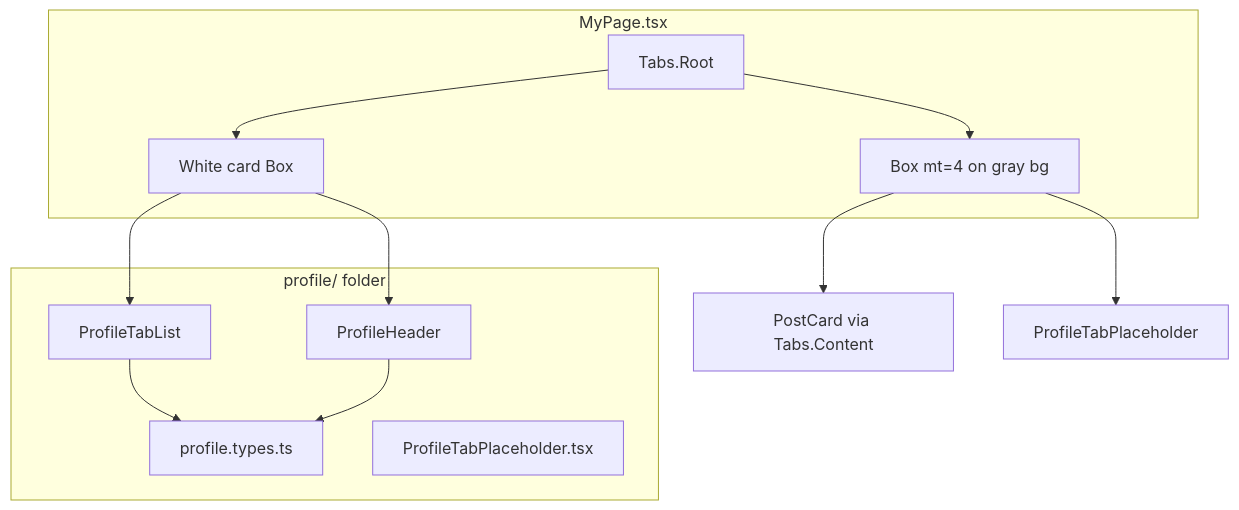
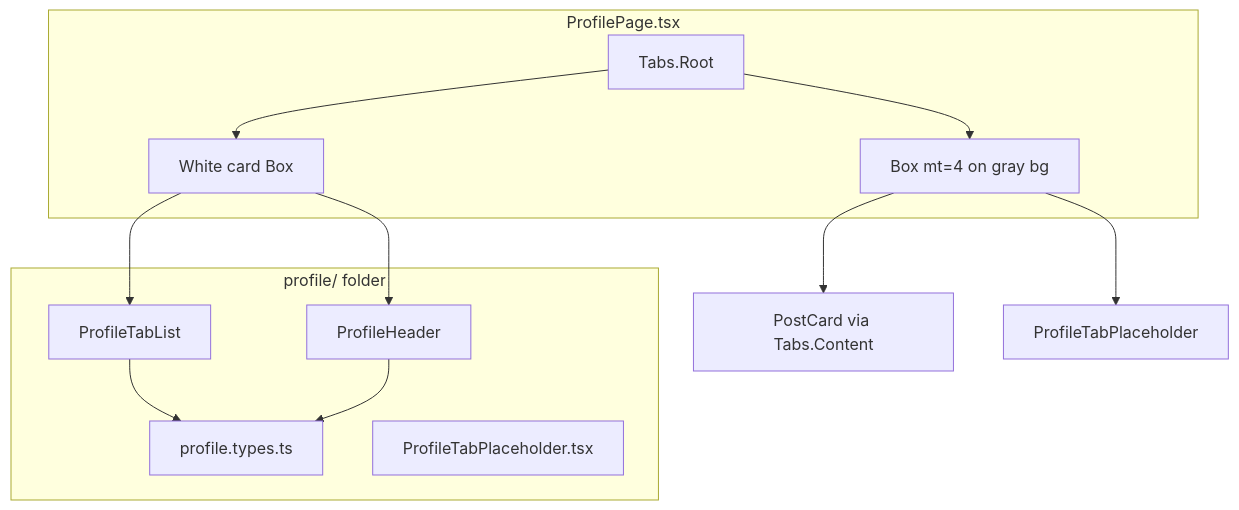
The diagram in src/components/profile/README.md (mlesterpal/faceup), drawn with Mermaid before and after one commit. The commit also changed other lines of this file and 12 other files, not shown here.

First line of the commit message:
feat(profile): refactor MyPage into ProfilePage and enhance post listing

````diff
--- a/src/components/profile/README.md
+++ b/src/components/profile/README.md
@@ -20,24 +20,24 @@
 ```mermaid
 flowchart TB
-  subgraph myPage [MyPage.tsx]
+  subgraph myPage [ProfilePage.tsx]
     tabsRoot[Tabs.Root]
     whiteCard[White card Box]
     grayContent[Box mt=4 on gray bg]
   end
 
   subgraph profileFolder [profile/ folder]
     header[ProfileHeader]
     tabList[ProfileTabList]
     types[profile.types.ts]
     placeholder[ProfileTabPlaceholder.tsx]
   end
 
   tabsRoot --> whiteCard
   whiteCard --> header
   whiteCard --> tabList
   tabsRoot --> grayContent
   grayContent --> posts[PostCard via Tabs.Content]
   grayContent --> ph[ProfileTabPlaceholder]
   tabList --> types
   header --> types
 ```
````
